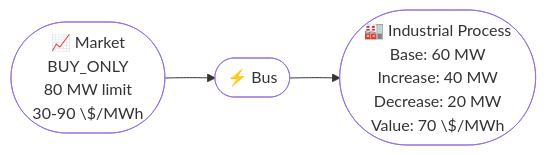
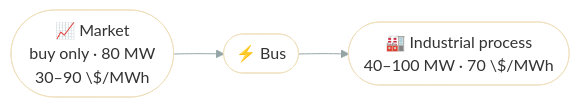
One commit to ramirocrc/odys changed the diagram in docs/examples/flexible_load_market.md. Above: the diagram before and after it, drawn with Mermaid. The commit also changed other lines of this file and 3 other files, not shown here.

Commit message:
docs(examples): rewrite Flexible Load Market and remove its price ties

````diff
--- a/docs/examples/flexible_load_market.md
+++ b/docs/examples/flexible_load_market.md
@@ -20,8 +11,9 @@
 ```mermaid
+%%{init: {"theme": "base", "themeVariables": {"lineColor": "#95A5A6"}}}%%
 flowchart LR
-    Market(["📈 Market<br/>BUY_ONLY<br/>80 MW limit<br/>30-90 \$/MWh"]) --> Bus(["⚡ Bus"])
-    Bus --> Load(["🏭 Industrial Process<br/>Base: 60 MW<br/>Increase: 40 MW<br/>Decrease: 20 MW<br/>Value: 70 \$/MWh"])
+    Market(["📈 Market<br/>buy only · 80 MW<br/>30–90 \$/MWh"]) --> Bus(["⚡ Bus"])
+    Bus --> Load(["🏭 Industrial process<br/>40–100 MW · 70 \$/MWh"])
     style Market fill:none
     style Bus fill:none
     style Load fill:none
 ```
````
